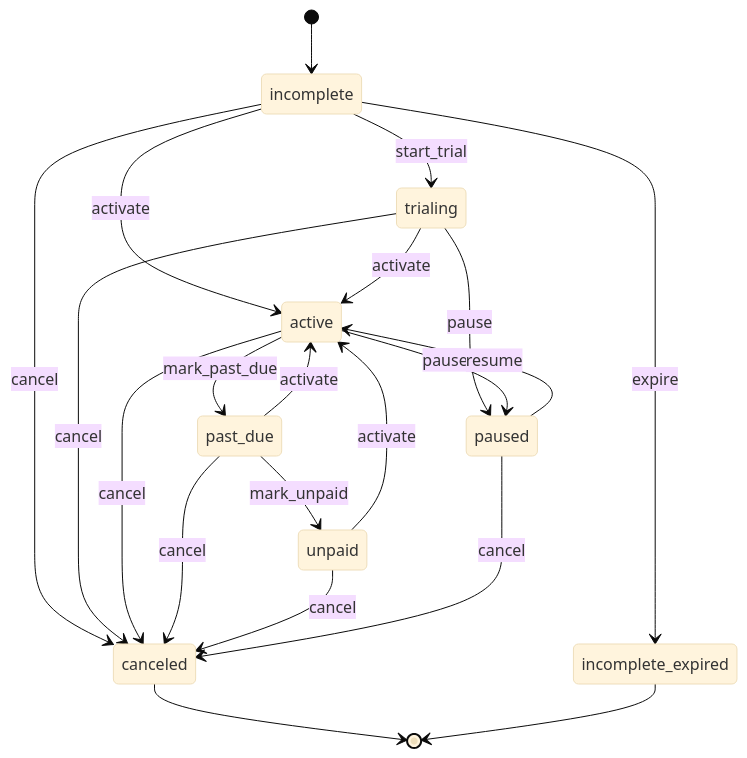
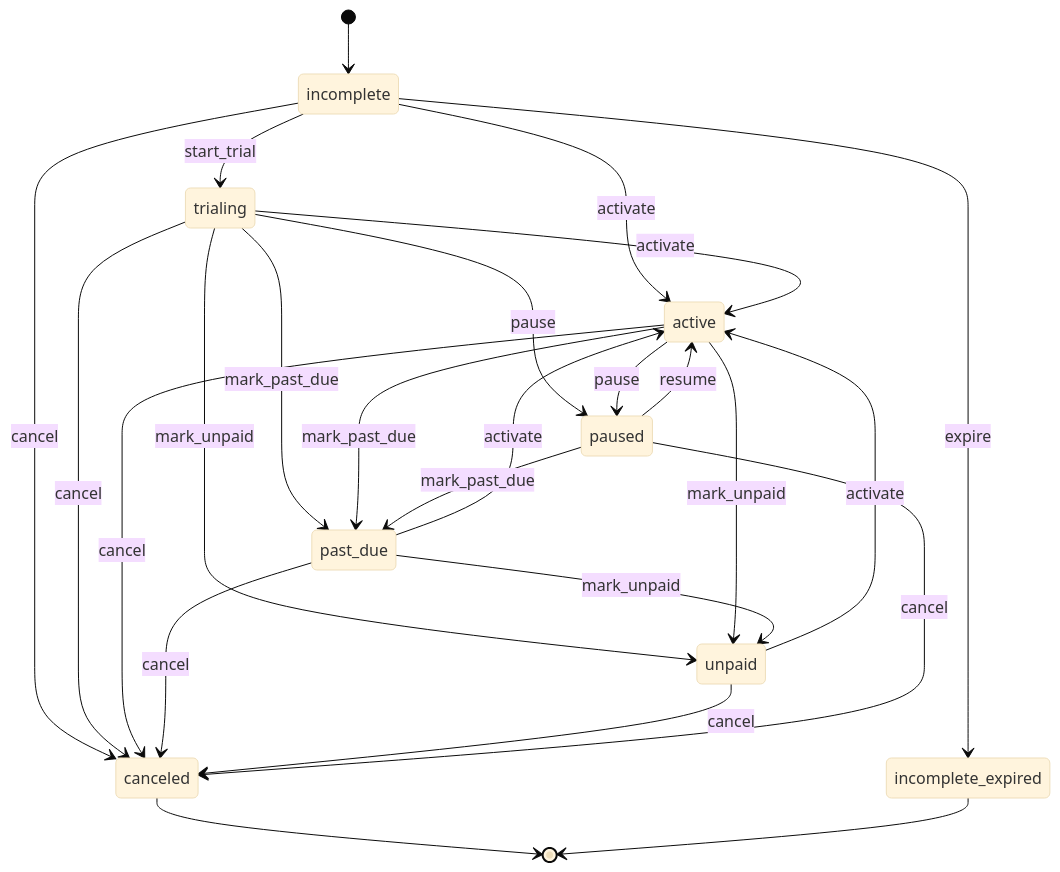
One commit to kidiatoliny/payable-docs changed the first of 4 diagrams in _docs_src/domain/07-state-machines.md. Above: the diagram before and after it, drawn with Mermaid (base theme). The commit also changed other lines of this file and 8 other files, not shown here.

````diff
--- a/_docs_src/domain/07-state-machines.md
+++ b/_docs_src/domain/07-state-machines.md
@@ -78,23 +92,27 @@
 ```mermaid
 stateDiagram-v2
   [*] --> incomplete
   incomplete --> trialing: start_trial
   incomplete --> active: activate
   incomplete --> incomplete_expired: expire
   incomplete --> canceled: cancel
   trialing --> active: activate
+  trialing --> past_due: mark_past_due
+  trialing --> unpaid: mark_unpaid
   trialing --> paused: pause
   trialing --> canceled: cancel
   active --> past_due: mark_past_due
+  active --> unpaid: mark_unpaid
   active --> paused: pause
   active --> canceled: cancel
   past_due --> active: activate
   past_due --> unpaid: mark_unpaid
   past_due --> canceled: cancel
   unpaid --> active: activate
   unpaid --> canceled: cancel
   paused --> active: resume
+  paused --> past_due: mark_past_due
   paused --> canceled: cancel
   canceled --> [*]
   incomplete_expired --> [*]
 ```
````
